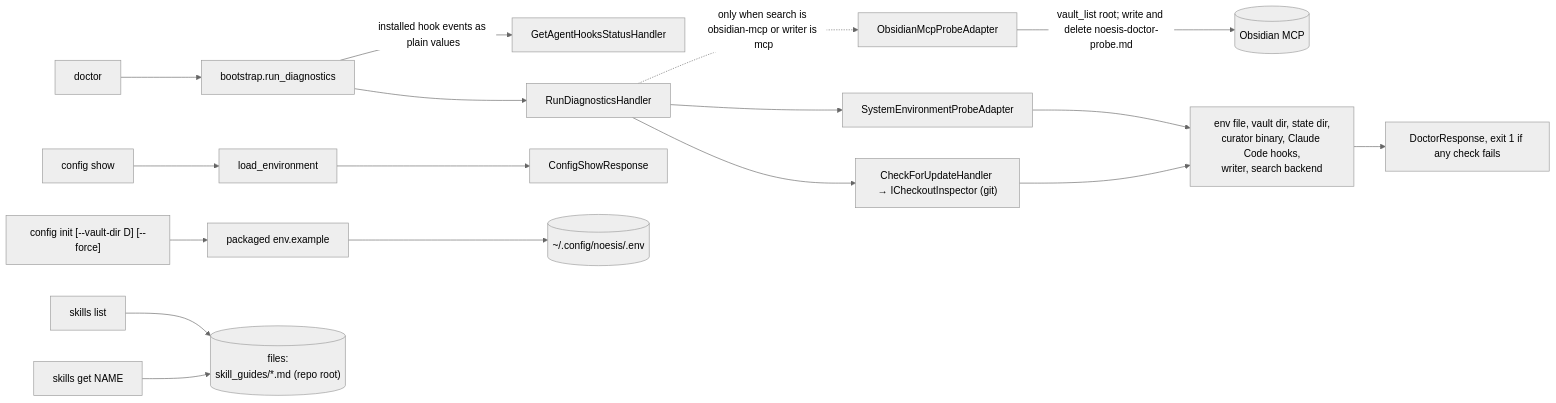
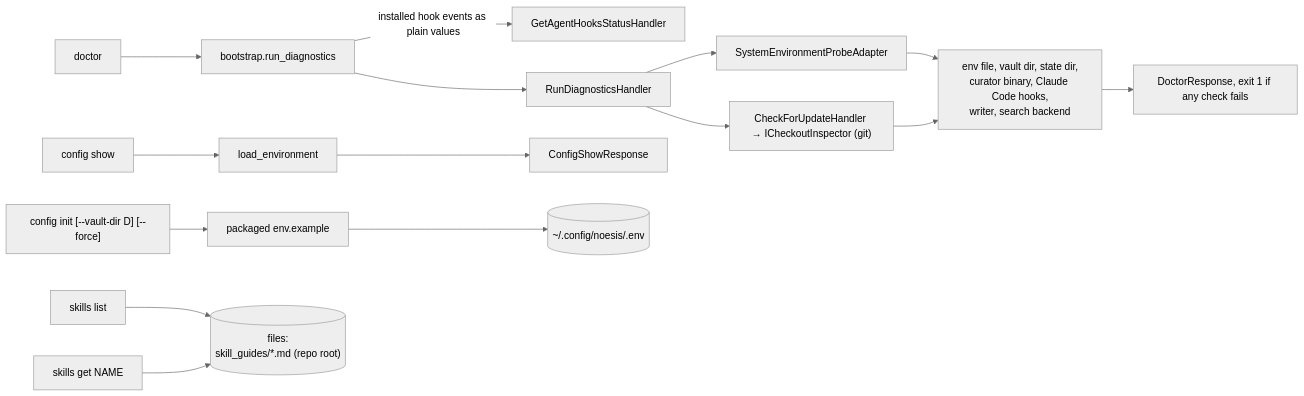
One commit to p-hzamora/noesis changed the diagram in docs/workflows/setup.md. Above: the diagram before and after it, drawn with Mermaid (neutral theme). The commit also changed other lines of this file and 16 other files, not shown here.

Commit message:
docs(knowledge): document the record store and retire Obsidian MCP references

````diff
--- a/docs/workflows/setup.md
+++ b/docs/workflows/setup.md
@@ -6,19 +6,17 @@
 ```mermaid
 flowchart LR
     doctor["doctor"] --> rd["bootstrap.run_diagnostics"]
     rd -->|installed hook events as plain values| hs[GetAgentHooksStatusHandler]
     rd --> dh[RunDiagnosticsHandler]
     dh --> probe[SystemEnvironmentProbeAdapter]
-    dh -.->|"only when search is obsidian-mcp or writer is mcp"| mp[ObsidianMcpProbeAdapter]
-    mp -->|"vault_list root; write and delete noesis-doctor-probe.md"| obs[("Obsidian MCP")]
     probe --> checks["env file, vault dir, state dir,<br/>curator binary, Claude Code hooks,<br/>writer, search backend"]
     dh --> upd["CheckForUpdateHandler → ICheckoutInspector (git)"]
     upd --> checks
     checks --> dr["DoctorResponse, exit 1 if any check fails"]
 
     show["config show"] --> env[load_environment] --> cs[ConfigShowResponse]
     init["config init [--vault-dir D] [--force]"] --> tpl["packaged env.example"] --> envfile[("~/.config/noesis/.env")]
 
     sl["skills list"] --> guides[("files:<br/>skill_guides/*.md (repo root)")]
     sg["skills get NAME"] --> guides
 ```
````
